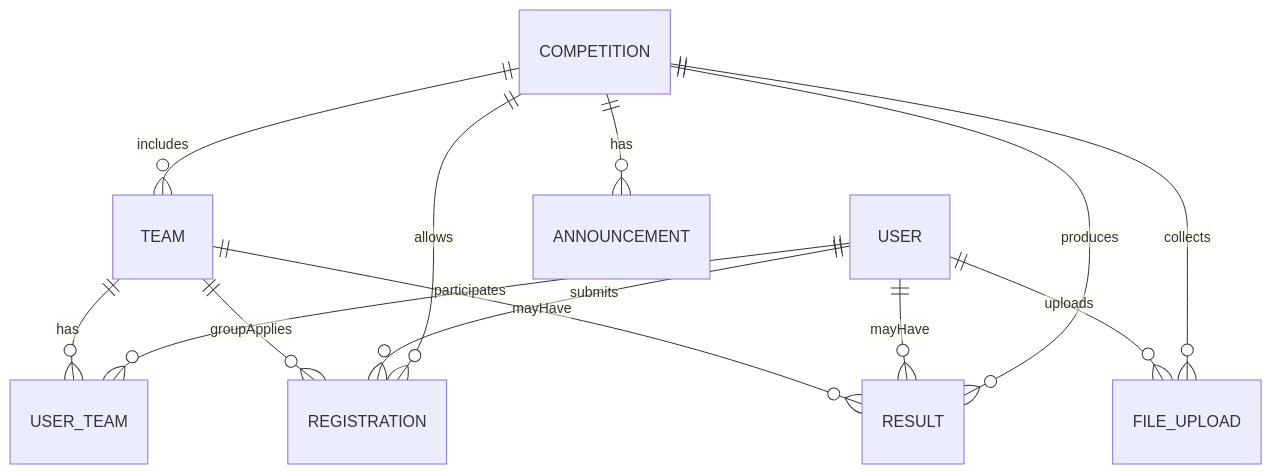
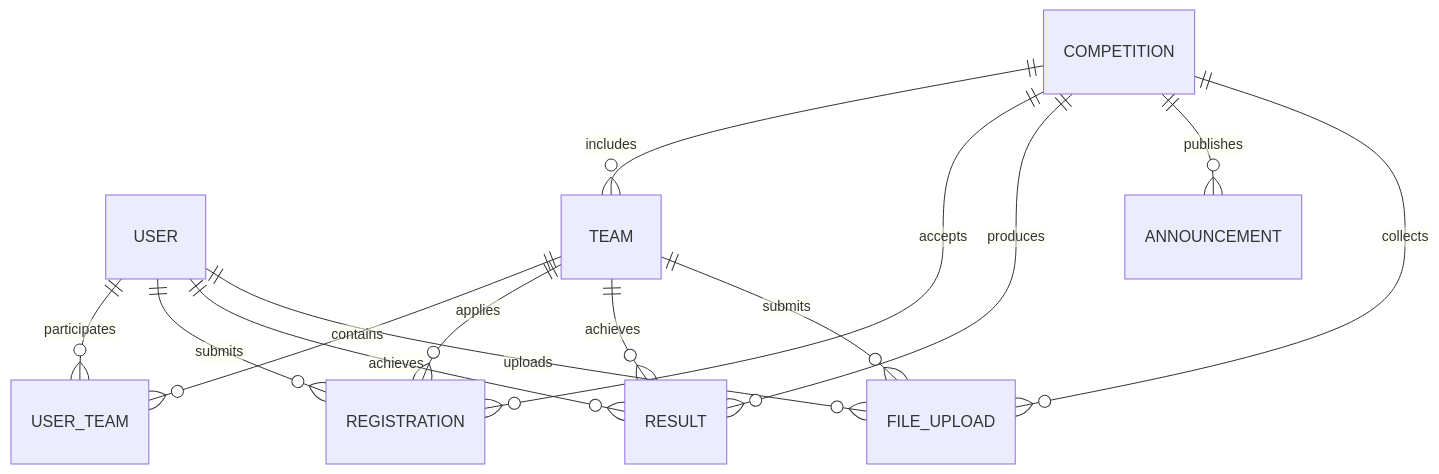
The second of 5 diagrams in docs/设计文档/设计文档.md (Reviahh/GoblinCave-CMS-frontend), drawn with Mermaid before and after one commit. The commit also changed other lines of this file and 1 other file, not shown here.

````diff
--- a/docs/设计文档/设计文档.md
+++ b/docs/设计文档/设计文档.md
@@ -69,15 +211,18 @@
 ```mermaid
 erDiagram
-  USER ||--o{ USER_TEAM : participates
-  TEAM ||--o{ USER_TEAM : has
-  COMPETITION ||--o{ TEAM : includes
-  COMPETITION ||--o{ REGISTRATION : allows
-  USER ||--o{ REGISTRATION : submits
-  TEAM ||--o{ REGISTRATION : groupApplies
-  COMPETITION ||--o{ RESULT : produces
-  USER ||--o{ RESULT : mayHave
-  TEAM ||--o{ RESULT : mayHave
-  COMPETITION ||--o{ ANNOUNCEMENT : has
-  COMPETITION ||--o{ FILE_UPLOAD : collects
-  USER ||--o{ FILE_UPLOAD : uploads
+    USER ||--o{ USER_TEAM : "participates"
+    USER ||--o{ REGISTRATION : "submits"
+    USER ||--o{ RESULT : "achieves"
+    USER ||--o{ FILE_UPLOAD : "uploads"
+    
+    COMPETITION ||--o{ TEAM : "includes"
+    COMPETITION ||--o{ REGISTRATION : "accepts"
+    COMPETITION ||--o{ RESULT : "produces"
+    COMPETITION ||--o{ ANNOUNCEMENT : "publishes"
+    COMPETITION ||--o{ FILE_UPLOAD : "collects"
+    
+    TEAM ||--o{ USER_TEAM : "contains"
+    TEAM ||--o{ REGISTRATION : "applies"
+    TEAM ||--o{ RESULT : "achieves"
+    TEAM ||--o{ FILE_UPLOAD : "submits"
 ```
````
